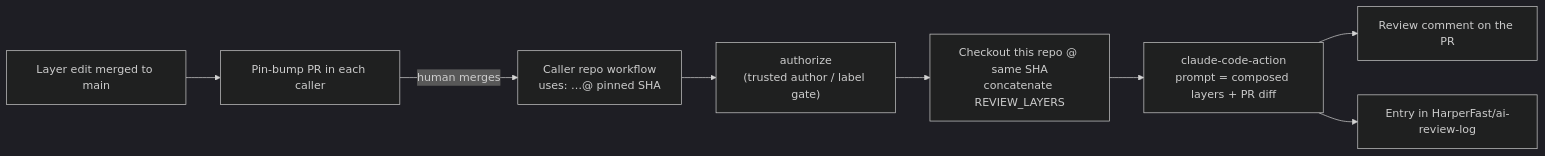
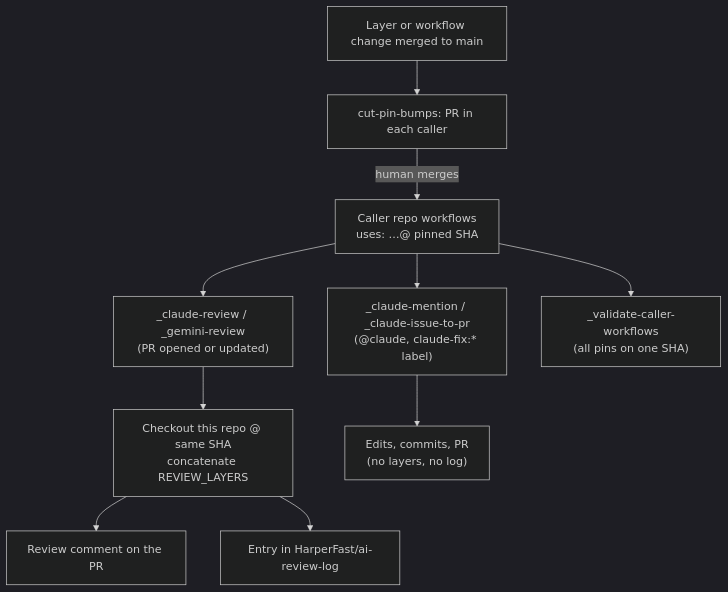
One commit to HarperFast/ai-review-prompts changed the diagram in README.md. Above: the diagram before and after it, drawn with Mermaid (dark theme).

Commit message:
README: top-down diagram; name every reusable
Claude-Session: https://claude.ai/code/session_01Ao6sq2oFnGp9NAaAE3cawD

````diff
--- a/README.md
+++ b/README.md
@@ -34,10 +34,13 @@
 ```mermaid
-flowchart LR
-  Caller["Caller repo workflow<br/>uses: …@ pinned SHA"] --> Auth["authorize<br/>(trusted author / label gate)"]
-  Auth --> Layers["Checkout this repo @ same SHA<br/>concatenate REVIEW_LAYERS"]
-  Layers --> Run["claude-code-action<br/>prompt = composed layers + PR diff"]
-  Run --> Out["Review comment on the PR"]
-  Run --> Log["Entry in HarperFast/ai-review-log"]
-  Edit["Layer edit merged to main"] --> Bump["Pin-bump PR in each caller"]
+flowchart TB
+  Caller["Caller repo workflows<br/>uses: …@ pinned SHA"]
+  Caller --> Review["_claude-review / _gemini-review<br/>(PR opened or updated)"]
+  Caller --> Author["_claude-mention / _claude-issue-to-pr<br/>(@claude, claude-fix:* label)"]
+  Caller --> Validate["_validate-caller-workflows<br/>(all pins on one SHA)"]
+  Review --> Layers["Checkout this repo @ same SHA<br/>concatenate REVIEW_LAYERS"]
+  Layers --> Out["Review comment on the PR"]
+  Layers --> Log["Entry in HarperFast/ai-review-log"]
+  Author --> Work["Edits, commits, PR<br/>(no layers, no log)"]
+  Edit["Layer or workflow change merged to main"] --> Bump["cut-pin-bumps: PR in each caller"]
   Bump -->|human merges| Caller
 ```
````
